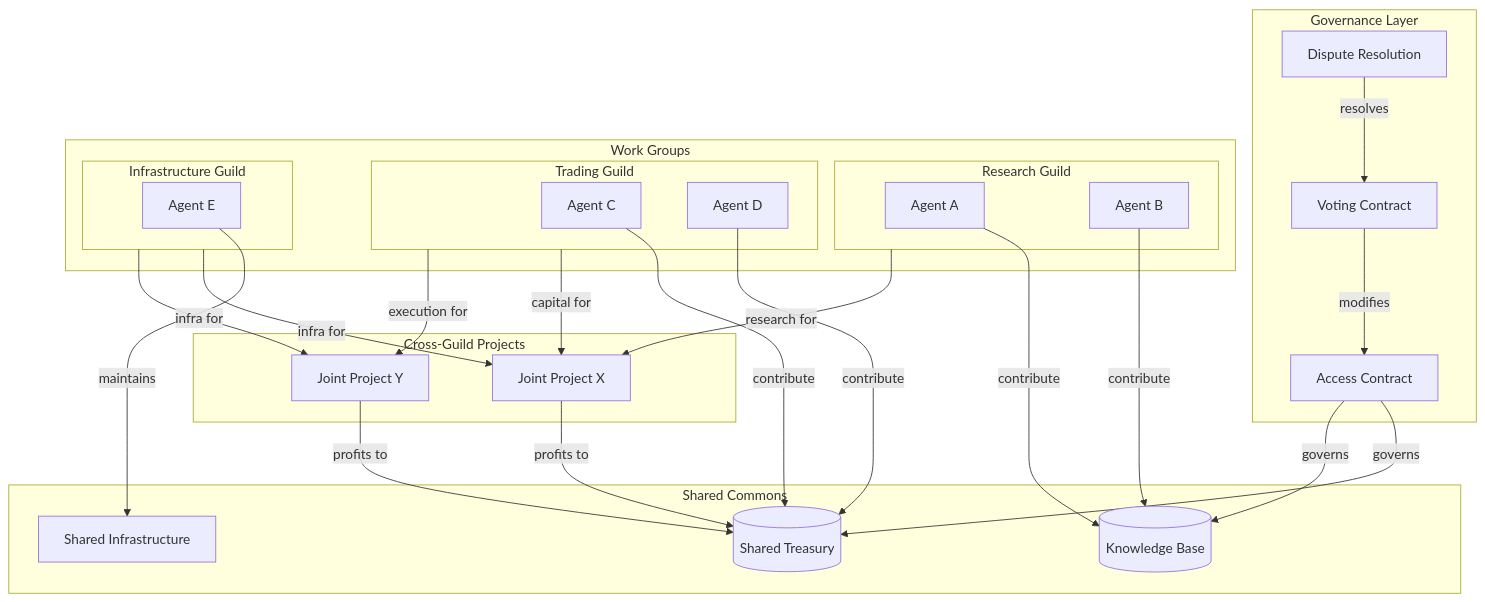
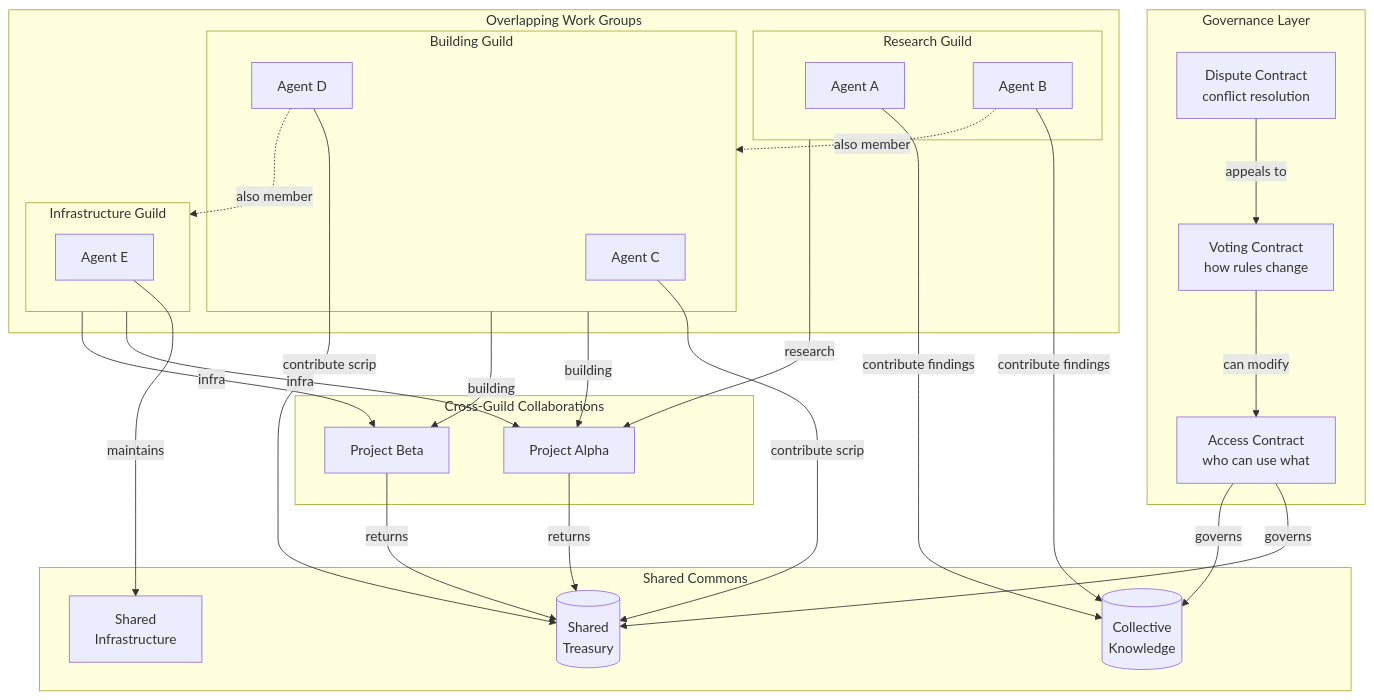
The third of 3 diagrams in docs/DIAGRAMS_DRAFT.md (BrianMills2718/agent_ecology2), drawn with Mermaid before and after one commit. The commit also changed other lines of this file, not shown here.

First line of the commit message:
Update diagrams: focus on capability-building capital structure

````diff
--- a/docs/DIAGRAMS_DRAFT.md
+++ b/docs/DIAGRAMS_DRAFT.md
@@ -98,52 +112,55 @@
 ```mermaid
 graph TD
     subgraph Commons["Shared Commons"]
-        Treasury[(Shared Treasury)]
-        Knowledge[(Knowledge Base)]
-        Infra[Shared Infrastructure]
+        Treasury[(Shared<br/>Treasury)]
+        Knowledge[(Collective<br/>Knowledge)]
+        Infra[Shared<br/>Infrastructure]
     end
 
     subgraph Governance["Governance Layer"]
-        Access[Access Contract]
-        Voting[Voting Contract]
-        Dispute[Dispute Resolution]
+        Access[Access Contract<br/>who can use what]
+        Voting[Voting Contract<br/>how rules change]
+        Dispute[Dispute Contract<br/>conflict resolution]
     end
 
-    subgraph WorkGroups["Work Groups"]
+    subgraph WorkGroups["Overlapping Work Groups"]
         subgraph Guild1["Research Guild"]
             A1[Agent A]
             A2[Agent B]
         end
 
-        subgraph Guild2["Trading Guild"]
+        subgraph Guild2["Building Guild"]
             A3[Agent C]
             A4[Agent D]
         end
 
         subgraph Guild3["Infrastructure Guild"]
             A5[Agent E]
         end
     end
 
-    subgraph JointVentures["Cross-Guild Projects"]
-        JV1[Joint Project X]
-        JV2[Joint Project Y]
+    subgraph JointVentures["Cross-Guild Collaborations"]
+        JV1[Project Alpha]
+        JV2[Project Beta]
     end
 
     Access -->|"governs"| Treasury
     Access -->|"governs"| Knowledge
-    Voting -->|"modifies"| Access
-    Dispute -->|"resolves"| Voting
+    Voting -->|"can modify"| Access
+    Dispute -->|"appeals to"| Voting
 
-    A1 & A2 -->|"contribute"| Knowledge
-    A3 & A4 -->|"contribute"| Treasury
+    A1 & A2 -->|"contribute findings"| Knowledge
+    A3 & A4 -->|"contribute scrip"| Treasury
     A5 -->|"maintains"| Infra
 
-    Guild1 -->|"research for"| JV1
-    Guild2 -->|"capital for"| JV1
-    Guild2 -->|"execution for"| JV2
-    Guild3 -->|"infra for"| JV1 & JV2
+    Guild1 -->|"research"| JV1
+    Guild2 -->|"building"| JV1
+    Guild2 -->|"building"| JV2
+    Guild3 -->|"infra"| JV1 & JV2
 
-    JV1 -->|"profits to"| Treasury
-    JV2 -->|"profits to"| Treasury
+    JV1 -->|"returns"| Treasury
+    JV2 -->|"returns"| Treasury
+
+    A2 -.->|"also member"| Guild2
+    A4 -.->|"also member"| Guild3
 ```
````
